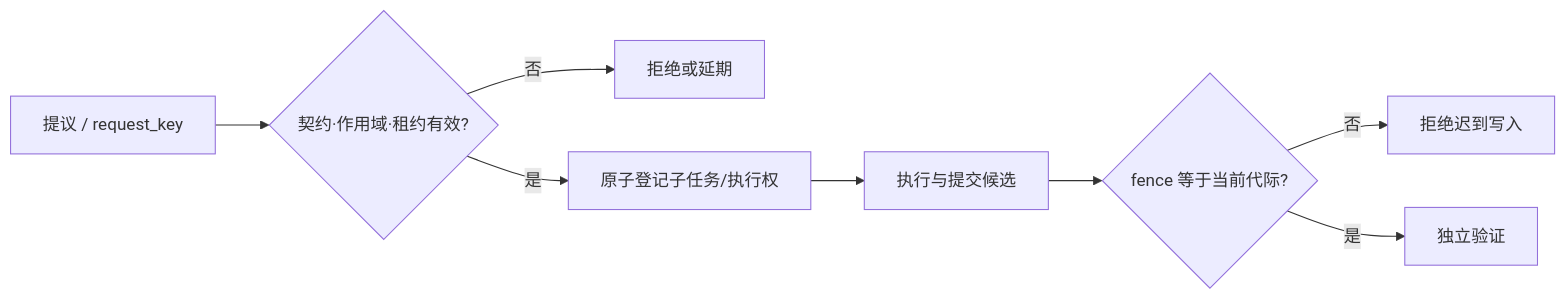
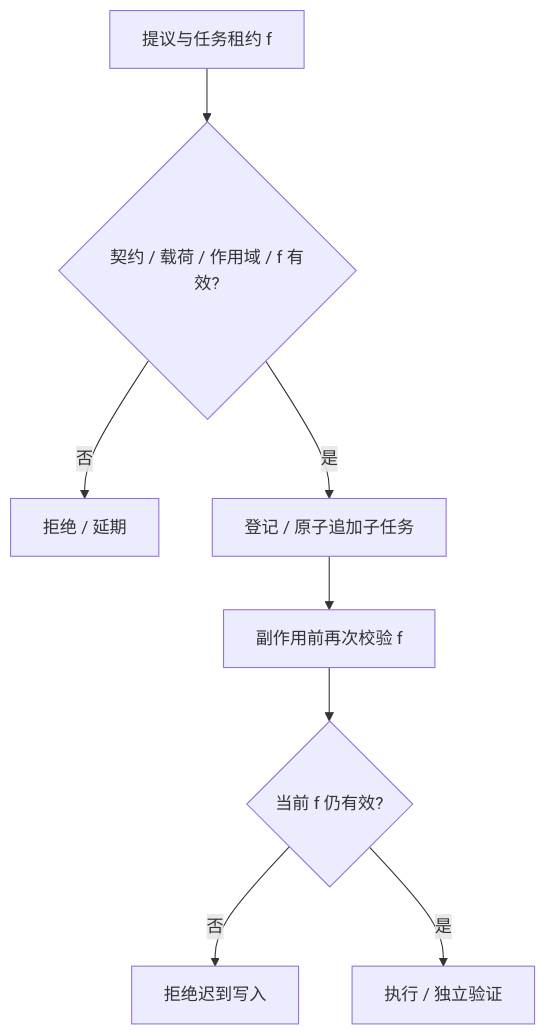
One commit to xuda1979/future-code changed the second of 3 diagrams in patents/future-code/INVENTION_DISCLOSURE_CN.md. Above: the diagram before and after it, drawn with Mermaid. The commit also changed other lines of this file, not shown here.

````diff
--- a/patents/future-code/INVENTION_DISCLOSURE_CN.md
+++ b/patents/future-code/INVENTION_DISCLOSURE_CN.md
@@ -81,10 +82,10 @@
 ```mermaid
-flowchart LR
-  P[提议 / request_key] --> C{契约·作用域·租约有效?}
-  C -- 否 --> R[拒绝或延期]
-  C -- 是 --> T[原子登记子任务/执行权]
-  T --> E[执行与提交候选]
-  E --> F{fence 等于当前代际?}
-  F -- 否 --> X[拒绝迟到写入]
-  F -- 是 --> V[独立验证]
+flowchart TD
+  P[提议与任务租约 f] --> A{契约 / 载荷 / 作用域 / f 有效?}
+  A -- 否 --> R[拒绝 / 延期]
+  A -- 是 --> W[登记 / 原子追加子任务]
+  W --> B[副作用前再次校验 f]
+  B --> C{当前 f 仍有效?}
+  C -- 否 --> X[拒绝迟到写入]
+  C -- 是 --> V[执行 / 独立验证]
 ```
````
